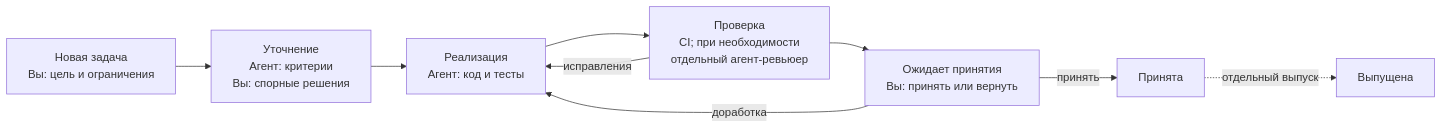
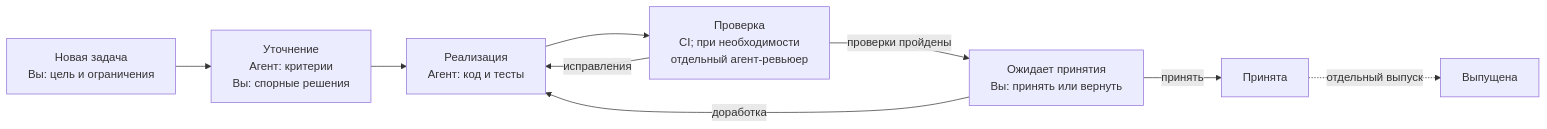
The first of 2 diagrams in docs/agent-development/PROCESS.md (v1nkore/codex-home), drawn with Mermaid before and after one commit. The commit also changed other lines of this file and 4 other files, not shown here.

````diff
--- a/docs/agent-development/PROCESS.md
+++ b/docs/agent-development/PROCESS.md
@@ -7,16 +7,17 @@
 ```mermaid
 flowchart LR
     A["Новая задача<br/>Вы: цель и ограничения"]
     B["Уточнение<br/>Агент: критерии<br/>Вы: спорные решения"]
     C["Реализация<br/>Агент: код и тесты"]
     D["Проверка<br/>CI; при необходимости<br/>отдельный агент-ревьюер"]
     E["Ожидает принятия<br/>Вы: принять или вернуть"]
     F["Принята"]
     G["Выпущена"]
 
-    A --> B --> C --> D --> E
+    A --> B --> C --> D
+    D -- проверки пройдены --> E
     D -- исправления --> C
     E -- доработка --> C
     E -- принять --> F
     F -. отдельный выпуск .-> G
 ```
````
